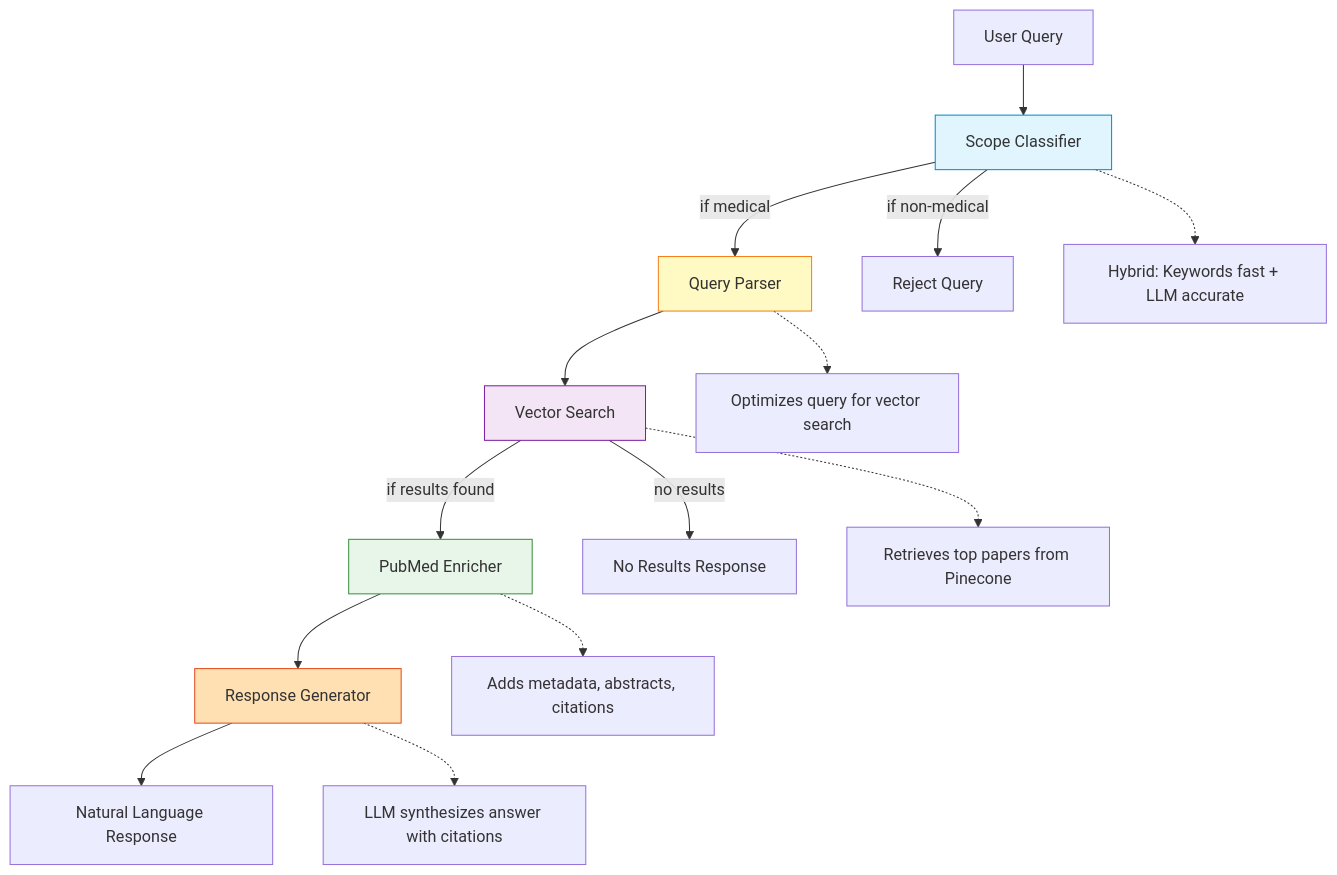
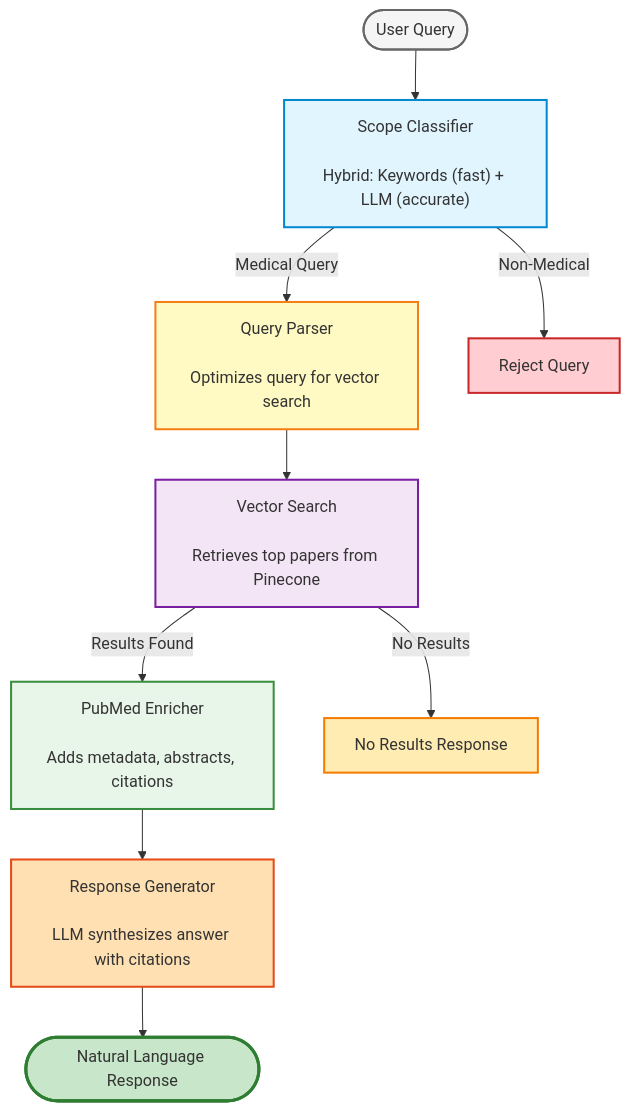
Before and after one commit to haider-toha/sanc-health-th: the diagram in README.md, drawn with Mermaid. The commit also changed other lines of this file, not shown here.

Commit message:
didnt like the mermaid diagram

````diff
--- a/README.md
+++ b/README.md
@@ -19,29 +19,33 @@
 ```mermaid
-graph TD
-    A[User Query] --> B[Scope Classifier]
-    B -->|if medical| C[Query Parser]
-    B -->|if non-medical| Z[Reject Query]
-    C --> D[Vector Search]
-    D -->|if results found| E[PubMed Enricher]
-    D -->|no results| Y[No Results Response]
-    E --> F[Response Generator]
-    F --> G[Natural Language Response]
+flowchart TB
+    Start([User Query]) --> Step1
     
-    style B fill:#e1f5ff,stroke:#0288d1
-    style C fill:#fff9c4,stroke:#f57f17
-    style D fill:#f3e5f5,stroke:#7b1fa2
-    style E fill:#e8f5e9,stroke:#388e3c
-    style F fill:#ffe0b2,stroke:#e64a19
+    Step1["Scope Classifier<br/><br/>Hybrid: Keywords (fast) + LLM (accurate)"]
+    Step1 -->|Medical Query| Step2
+    Step1 -->|Non-Medical| End1[Reject Query]
     
-    note1[Hybrid: Keywords fast + LLM accurate]
-    note2[Optimizes query for vector search]
-    note3[Retrieves top papers from Pinecone]
-    note4[Adds metadata, abstracts, citations]
-    note5[LLM synthesizes answer with citations]
+    Step2["Query Parser<br/><br/>Optimizes query for vector search"]
+    Step2 --> Step3
     
-    B -.-> note1
-    C -.-> note2
-    D -.-> note3
-    E -.-> note4
-    F -.-> note5
+    Step3["Vector Search<br/><br/>Retrieves top papers from Pinecone"]
+    Step3 -->|Results Found| Step4
+    Step3 -->|No Results| End2[No Results Response]
+    
+    Step4["PubMed Enricher<br/><br/>Adds metadata, abstracts, citations"]
+    Step4 --> Step5
+    
+    Step5["Response Generator<br/><br/>LLM synthesizes answer with citations"]
+    Step5 --> End3
+    
+    End3([Natural Language Response])
+    
+    style Step1 fill:#e1f5ff,stroke:#0288d1,stroke-width:2px
+    style Step2 fill:#fff9c4,stroke:#f57f17,stroke-width:2px
+    style Step3 fill:#f3e5f5,stroke:#7b1fa2,stroke-width:2px
+    style Step4 fill:#e8f5e9,stroke:#388e3c,stroke-width:2px
+    style Step5 fill:#ffe0b2,stroke:#e64a19,stroke-width:2px
+    style Start fill:#f5f5f5,stroke:#666,stroke-width:2px
+    style End3 fill:#c8e6c9,stroke:#2e7d32,stroke-width:3px
+    style End1 fill:#ffcdd2,stroke:#c62828,stroke-width:2px
+    style End2 fill:#ffecb3,stroke:#f57c00,stroke-width:2px
 ```
````
